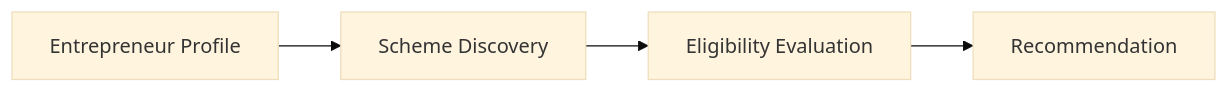
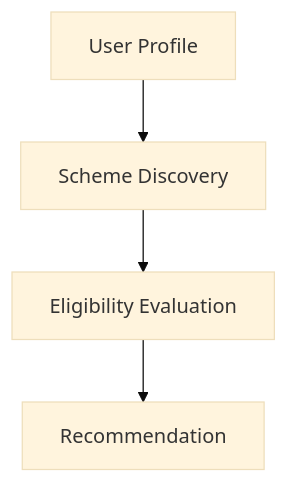
The fifth of 6 diagrams in README.md (heeraOp/heeraOp), drawn with Mermaid (base theme) before and after one commit. The commit also changed other lines of this file, not shown here.

````diff
--- a/README.md
+++ b/README.md
@@ -108,6 +150,6 @@
 ```mermaid
-flowchart LR
-    A[Entrepreneur Profile] --> B[Scheme Discovery]
+flowchart TD
+    A[User Profile] --> B[Scheme Discovery]
     B --> C[Eligibility Evaluation]
     C --> D[Recommendation]
 ```
````
